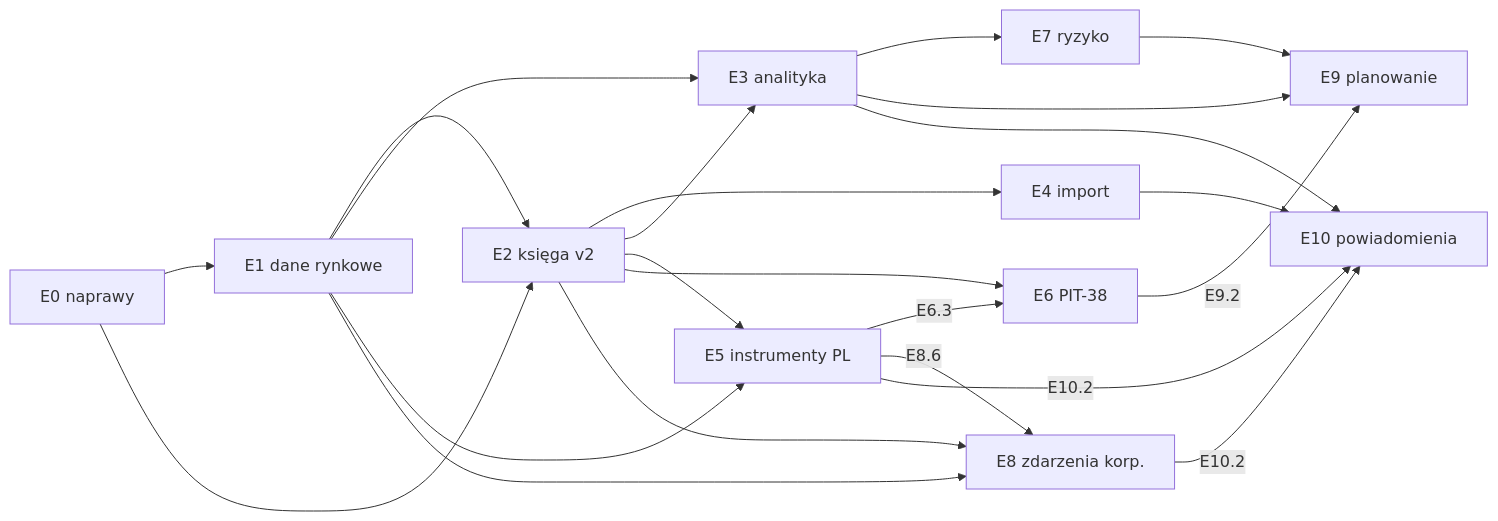
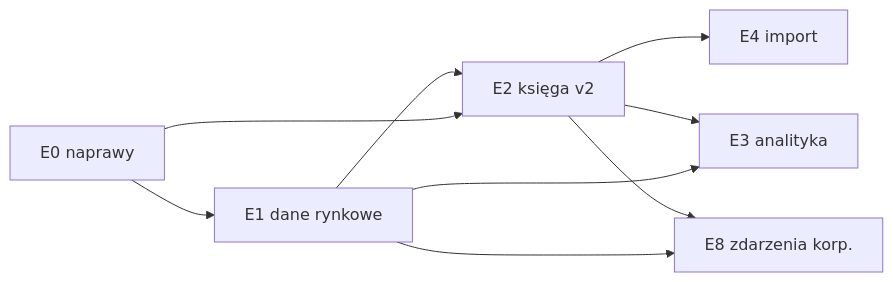
The diagram in docs/plans/02_roadmapa_funkcjonalna.md (LukaszPiasecki13/found-tracker), drawn with Mermaid before and after one commit. The commit also changed other lines of this file and 31 other files, not shown here.

````diff
--- a/docs/plans/02_roadmapa_funkcjonalna.md
+++ b/docs/plans/02_roadmapa_funkcjonalna.md
@@ -80,24 +79,11 @@
 ```mermaid
 graph LR
   E0[E0 naprawy] --> E1[E1 dane rynkowe]
   E0 --> E2[E2 księga v2]
   E1 --> E2
   E2 --> E4[E4 import]
   E1 --> E3[E3 analityka]
   E2 --> E3
-  E1 --> E5[E5 instrumenty PL]
-  E2 --> E5
-  E2 --> E6[E6 PIT-38]
-  E5 -->|E6.3| E6
-  E3 --> E7[E7 ryzyko]
   E1 --> E8[E8 zdarzenia korp.]
   E2 --> E8
-  E5 -->|E8.6| E8
-  E3 --> E9[E9 planowanie]
-  E7 --> E9
-  E6 -->|E9.2| E9
-  E3 --> E10[E10 powiadomienia]
-  E4 --> E10
-  E8 -->|E10.2| E10
-  E5 -->|E10.2| E10
 ```
````
